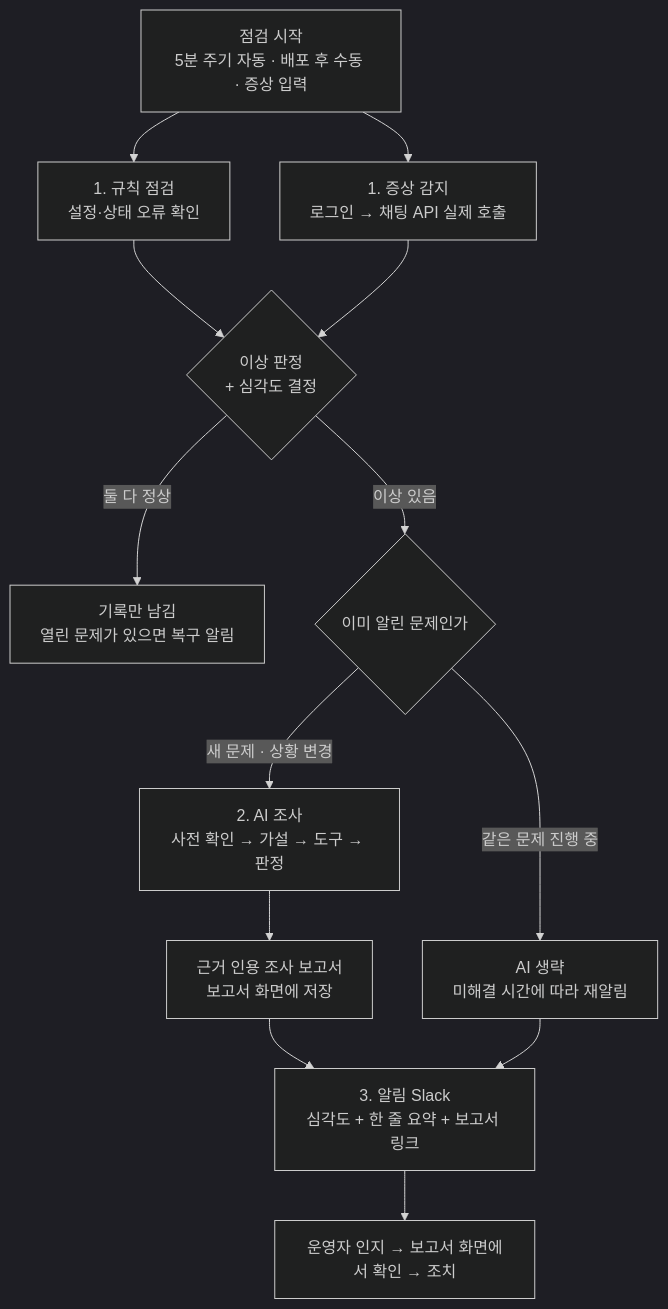
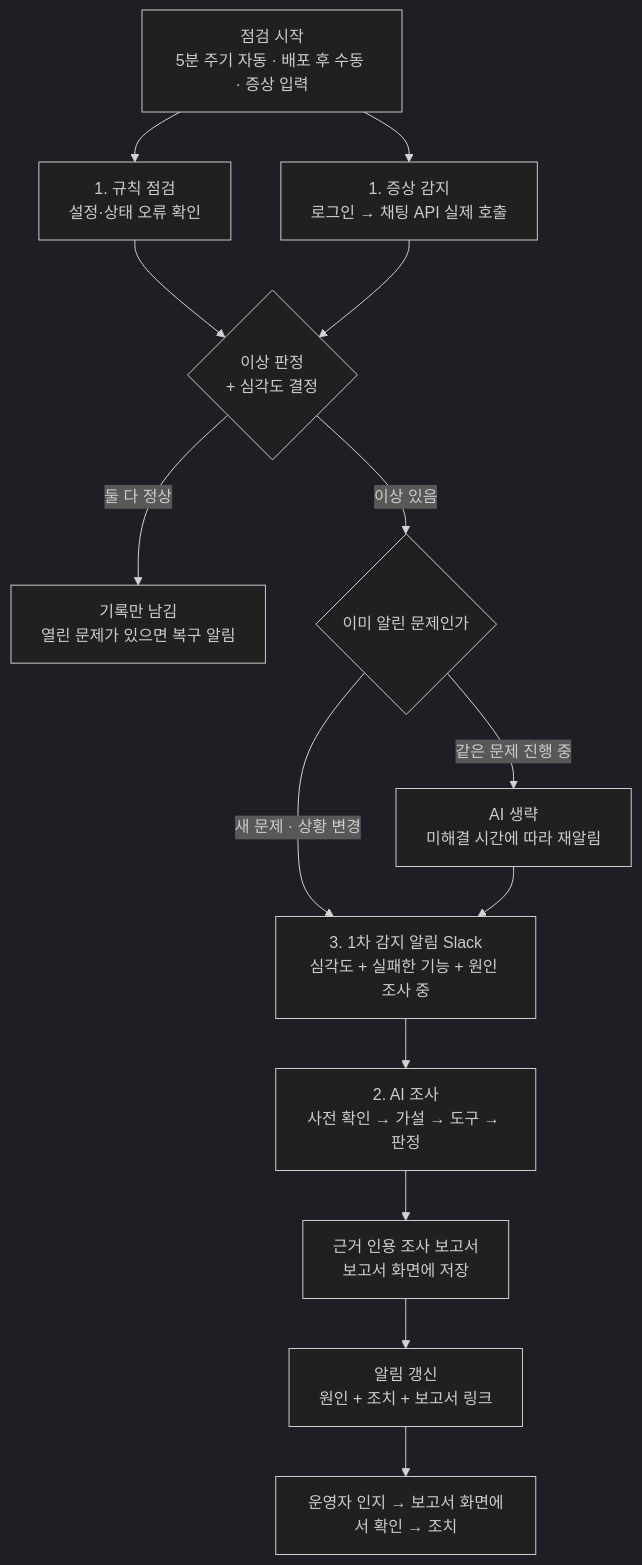
One commit to skax-jihyeryu/KubeGuardian changed the second of 2 diagrams in docs/산출물/02-문제정의및서비스기획.md. Above: the diagram before and after it, drawn with Mermaid (dark theme). The commit also changed other lines of this file and 8 other files, not shown here.

````diff
--- a/docs/산출물/02-문제정의및서비스기획.md
+++ b/docs/산출물/02-문제정의및서비스기획.md
@@ -143,15 +143,16 @@
 ```mermaid
 flowchart TB
     T[점검 시작<br/>5분 주기 자동 · 배포 후 수동 · 증상 입력] --> R[1. 규칙 점검<br/>설정·상태 오류 확인]
     T --> S[1. 증상 감지<br/>로그인 → 채팅 API 실제 호출]
     R --> G{이상 판정<br/>+ 심각도 결정}
     S --> G
     G -->|둘 다 정상| OK[기록만 남김<br/>열린 문제가 있으면 복구 알림]
     G -->|이상 있음| D{이미 알린 문제인가}
-    D -->|새 문제 · 상황 변경| AI[2. AI 조사<br/>사전 확인 → 가설 → 도구 → 판정]
+    D -->|새 문제 · 상황 변경| N1[3. 1차 감지 알림 Slack<br/>심각도 + 실패한 기능 + 원인 조사 중]
+    N1 --> AI[2. AI 조사<br/>사전 확인 → 가설 → 도구 → 판정]
     D -->|같은 문제 진행 중| RM[AI 생략<br/>미해결 시간에 따라 재알림]
     AI --> REP[근거 인용 조사 보고서<br/>보고서 화면에 저장]
-    REP --> N[3. 알림 Slack<br/>심각도 + 한 줄 요약 + 보고서 링크]
-    RM --> N
+    REP --> N[알림 갱신<br/>원인 + 조치 + 보고서 링크]
+    RM --> N1
     N --> K[운영자 인지 → 보고서 화면에서 확인 → 조치]
 ```
````
